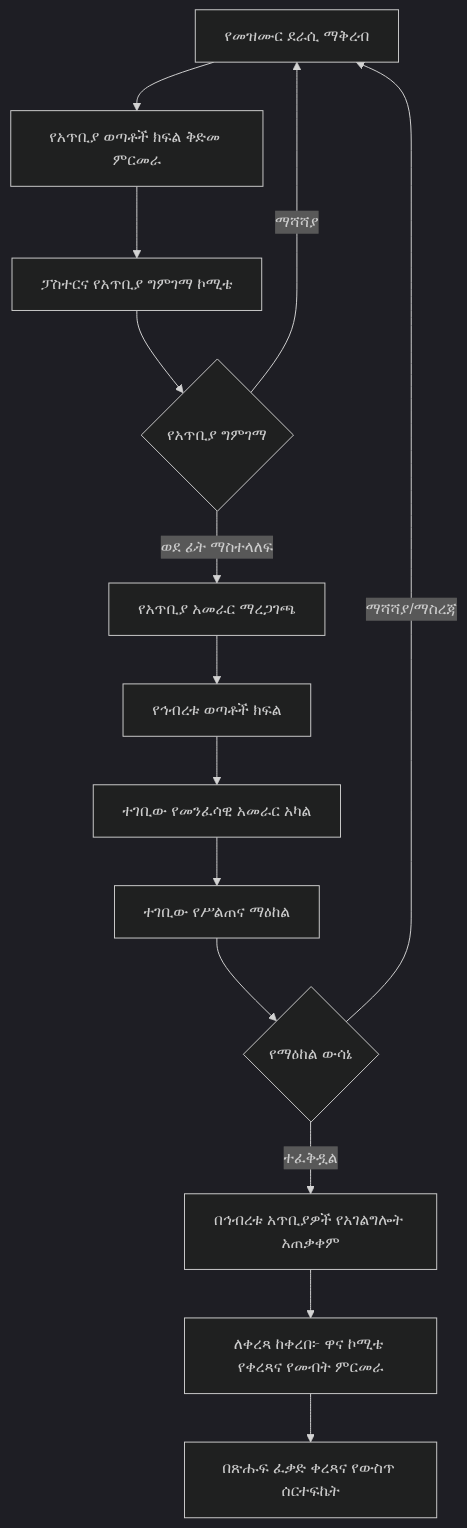
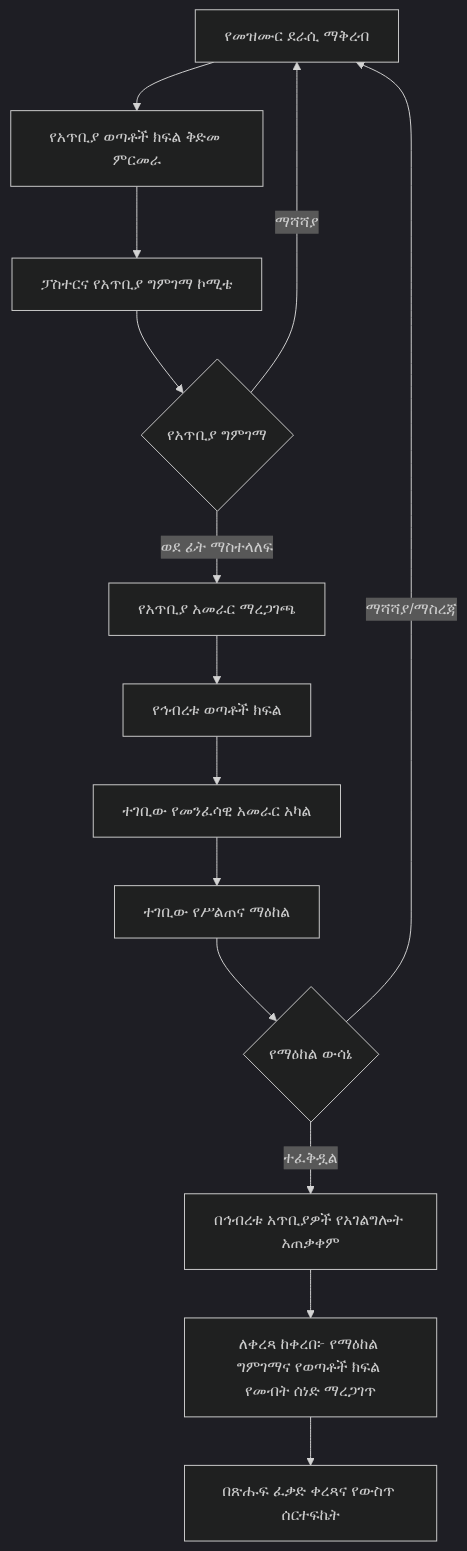
Before and after one commit to akefadaka-git/ekhc-digital-platform: the third of 3 diagrams in docs/governance/maale-song-review-directive-am.md, drawn with Mermaid (dark theme). The commit also changed other lines of this file, not shown here.

````diff
--- a/docs/governance/maale-song-review-directive-am.md
+++ b/docs/governance/maale-song-review-directive-am.md
@@ -131,16 +131,16 @@
 ```mermaid
 flowchart TD
  A[የመዝሙር ደራሲ ማቅረብ] --> B[የአጥቢያ ወጣቶች ክፍል ቅድመ ምርመራ]
  B --> C[ፓስተርና የአጥቢያ ግምገማ ኮሚቴ]
  C --> D{የአጥቢያ ግምገማ}
  D -->|ማሻሻያ| A
  D -->|ወደ ፊት ማስተላለፍ| E[የአጥቢያ አመራር ማረጋገጫ]
  E --> F[የኅብረቱ ወጣቶች ክፍል]
  F --> G[ተገቢው የመንፈሳዊ አመራር አካል]
  G --> H[ተገቢው የሥልጠና ማዕከል]
  H --> I{የማዕከል ውሳኔ}
  I -->|ማሻሻያ/ማስረጃ| A
  I -->|ተፈቅዷል| J[በኅብረቱ አጥቢያዎች የአገልግሎት አጠቃቀም]
- J --> K[ለቀረጻ ከቀረበ፦ ዋና ኮሚቴ የቀረጻና የመብት ምርመራ]
+ J --> K[ለቀረጻ ከቀረበ፦ የማዕከል ግምገማና የወጣቶች ክፍል የመብት ሰነድ ማረጋገጥ]
  K --> L[በጽሑፍ ፈቃድ ቀረጻና የውስጥ ሰርተፍኬት]
 ```
````
